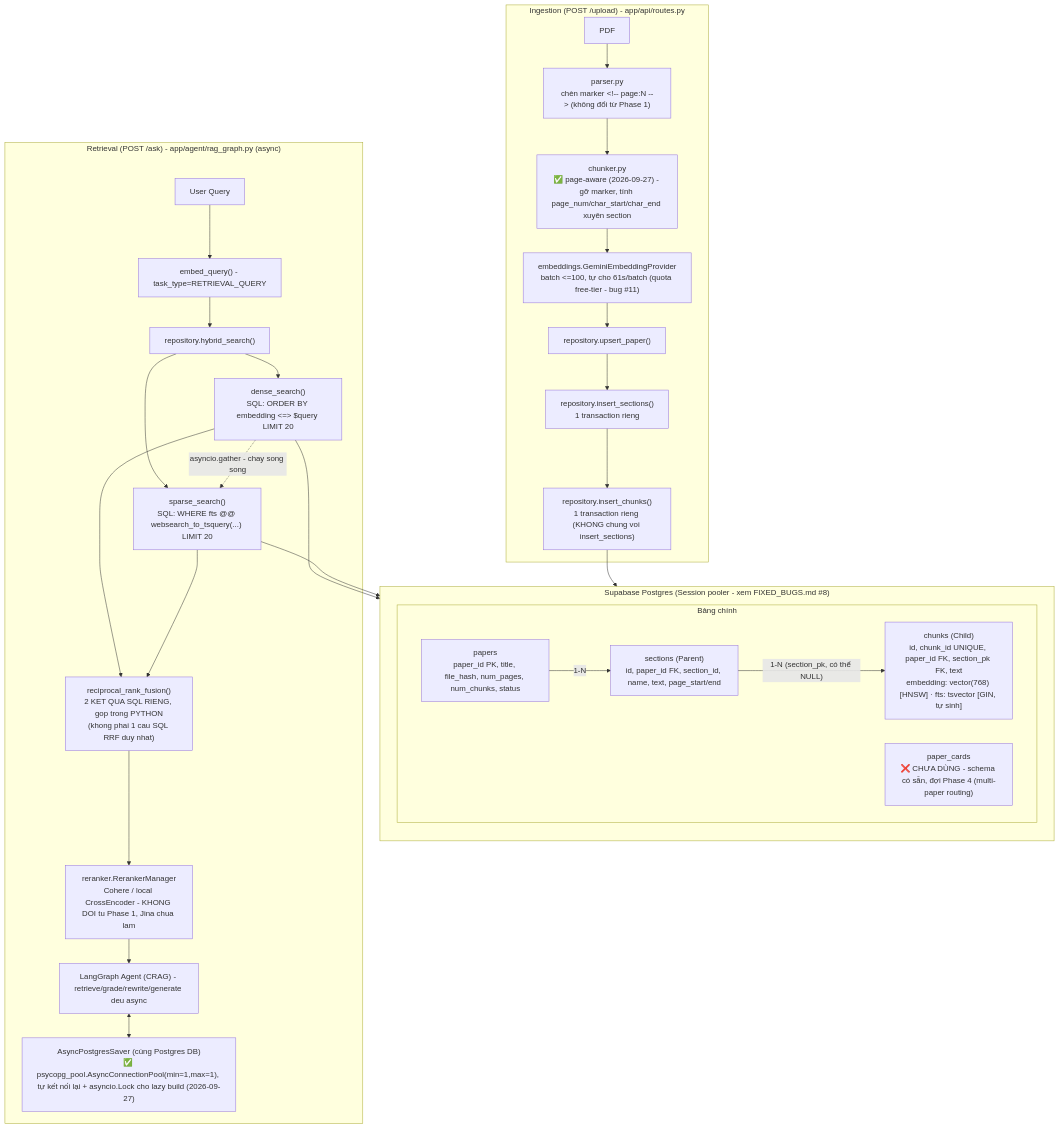
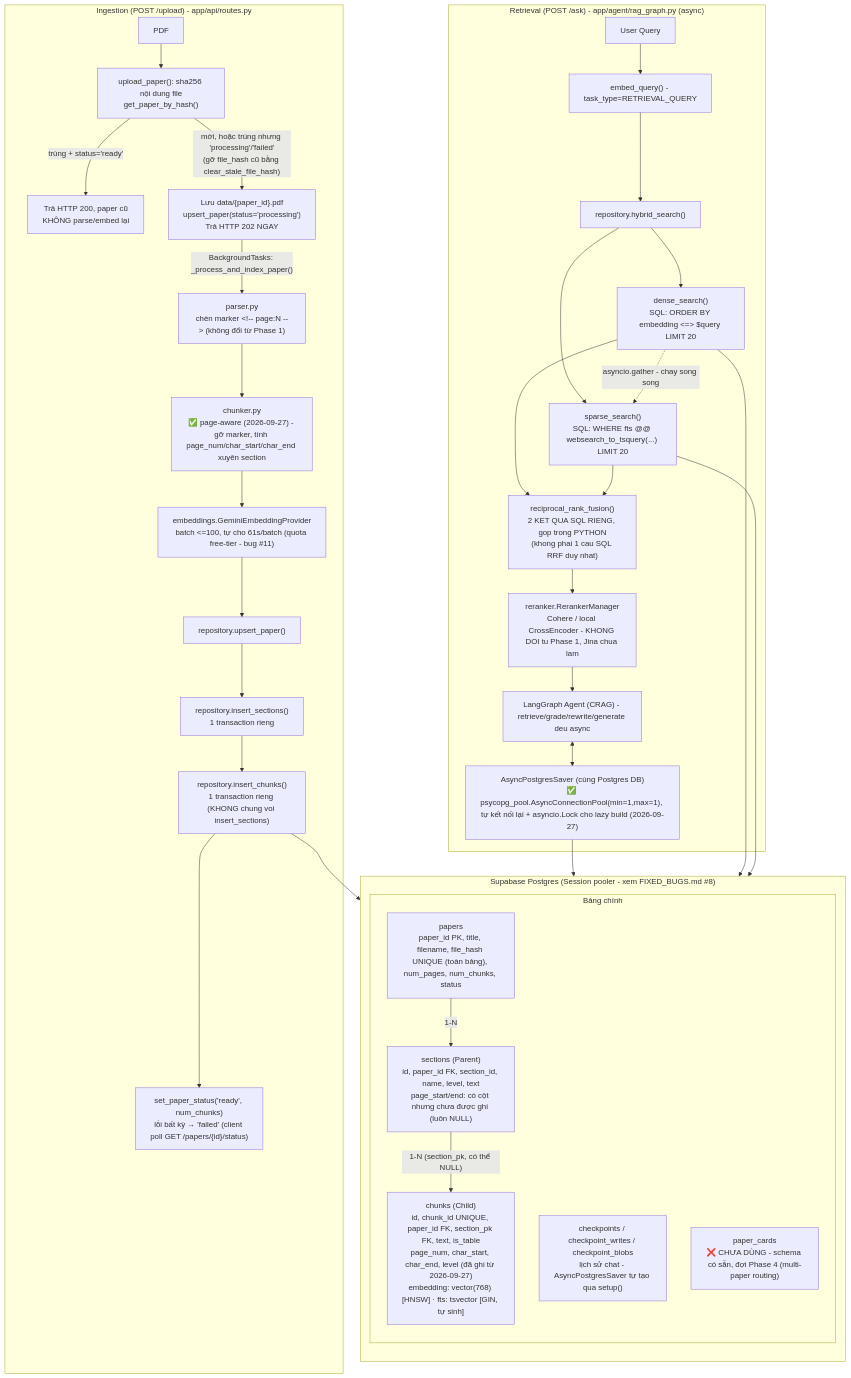
The third of 3 diagrams in docs/diagrams.md (KhoaYakult/arxiv-agentic-rag), drawn with Mermaid before and after one commit. The commit also changed other lines of this file and 1 other file, not shown here.

Commit message:
Add docs/app.md and bring diagrams.md up to date
app.md walks through app/ folder by folder, file by file, function by
function. diagrams.md's current-state diagram now shows sha256 dedup,
202 + background indexing, the extra chunks columns and the Postgres
checkpoint tables, and no longer claims the checkpointer is unfinished.

````diff
--- a/docs/diagrams.md
+++ b/docs/diagrams.md
@@ -132,43 +132,49 @@
 ```mermaid
 flowchart TD
     subgraph PG ["Supabase Postgres (Session pooler - xem FIXED_BUGS.md #8)"]
         direction TB
 
         subgraph TABLES ["Bảng chính"]
-            T_PAPERS["papers<br/>paper_id PK, title, file_hash, num_pages, num_chunks, status"]
-            T_SECTS["sections (Parent)<br/>id, paper_id FK, section_id, name, text, page_start/end"]
-            T_CHUNKS["chunks (Child)<br/>id, chunk_id UNIQUE, paper_id FK, section_pk FK, text<br/>embedding: vector(768) [HNSW] · fts: tsvector [GIN, tự sinh]"]
+            T_PAPERS["papers<br/>paper_id PK, title, filename, file_hash UNIQUE (toàn bảng), num_pages, num_chunks, status"]
+            T_SECTS["sections (Parent)<br/>id, paper_id FK, section_id, name, level, text<br/>page_start/end: có cột nhưng chưa được ghi (luôn NULL)"]
+            T_CHUNKS["chunks (Child)<br/>id, chunk_id UNIQUE, paper_id FK, section_pk FK, text, is_table<br/>page_num, char_start, char_end, level (đã ghi từ 2026-09-27)<br/>embedding: vector(768) [HNSW] · fts: tsvector [GIN, tự sinh]"]
+            T_CKPT["checkpoints / checkpoint_writes / checkpoint_blobs<br/>lịch sử chat - AsyncPostgresSaver tự tạo qua setup()"]
             T_CARDS["paper_cards<br/>❌ CHƯA DÙNG - schema có sẵn, đợi Phase 4 (multi-paper routing)"]
         end
 
         T_PAPERS -->|"1-N"| T_SECTS
         T_SECTS -->|"1-N (section_pk, có thể NULL)"| T_CHUNKS
     end
 
     subgraph ING ["Ingestion (POST /upload) - app/api/routes.py"]
-        PDF2["PDF"] --> PARSE2["parser.py<br/>chèn marker &lt;!-- page:N --&gt; (không đổi từ Phase 1)"]
+        PDF2["PDF"] --> HASH["upload_paper(): sha256 nội dung file<br/>get_paper_by_hash()"]
+        HASH -->|"trùng + status='ready'"| REUSE["Trả HTTP 200, paper cũ<br/>KHÔNG parse/embed lại"]
+        HASH -->|"mới, hoặc trùng nhưng 'processing'/'failed'<br/>(gỡ file_hash cũ bằng clear_stale_file_hash)"| SAVE["Lưu data/{paper_id}.pdf<br/>upsert_paper(status='processing')<br/>Trả HTTP 202 NGAY"]
+        SAVE -->|"BackgroundTasks: _process_and_index_paper()"| PARSE2["parser.py<br/>chèn marker &lt;!-- page:N --&gt; (không đổi từ Phase 1)"]
         PARSE2 --> CHUNK2["chunker.py<br/>✅ page-aware (2026-09-27) - gỡ marker, tính page_num/char_start/char_end xuyên section"]
         CHUNK2 --> EMB2["embeddings.GeminiEmbeddingProvider<br/>batch <=100, tự cho 61s/batch (quota free-tier - bug #11)"]
         EMB2 --> INS1["repository.upsert_paper()"]
         INS1 --> INS2["repository.insert_sections()<br/>1 transaction rieng"]
         INS2 --> INS3["repository.insert_chunks()<br/>1 transaction rieng (KHONG chung voi insert_sections)"]
+        INS3 --> DONE["set_paper_status('ready', num_chunks)<br/>lỗi bất kỳ → 'failed' (client poll GET /papers/{id}/status)"]
         INS3 --> TABLES
     end
 
     subgraph RET ["Retrieval (POST /ask) - app/agent/rag_graph.py (async)"]
         Q2["User Query"] --> EMB_GEMINI["embed_query() - task_type=RETRIEVAL_QUERY"]
 
         EMB_GEMINI --> HSEARCH["repository.hybrid_search()"]
         HSEARCH --> DENSE["dense_search()<br/>SQL: ORDER BY embedding <=> $query LIMIT 20"]
         HSEARCH --> SPARSE["sparse_search()<br/>SQL: WHERE fts @@ websearch_to_tsquery(...) LIMIT 20"]
         DENSE -.->|"asyncio.gather - chay song song"| SPARSE
         DENSE --> RRF2["reciprocal_rank_fusion()<br/>2 KET QUA SQL RIENG, gop trong PYTHON<br/>(khong phai 1 cau SQL RRF duy nhat)"]
         SPARSE --> RRF2
         DENSE --> TABLES
         SPARSE --> TABLES
 
         RRF2 --> RERANK2["reranker.RerankerManager<br/>Cohere / local CrossEncoder - KHONG DOI tu Phase 1, Jina chua lam"]
         RERANK2 --> AGENT2["LangGraph Agent (CRAG) - retrieve/grade/rewrite/generate deu async"]
         AGENT2 <--> CHECKPOINT["AsyncPostgresSaver (cùng Postgres DB)<br/>✅ psycopg_pool.AsyncConnectionPool(min=1,max=1), tự kết nối lại + asyncio.Lock cho lazy build (2026-09-27)"]
+        CHECKPOINT --> T_CKPT
     end
 ```
````
